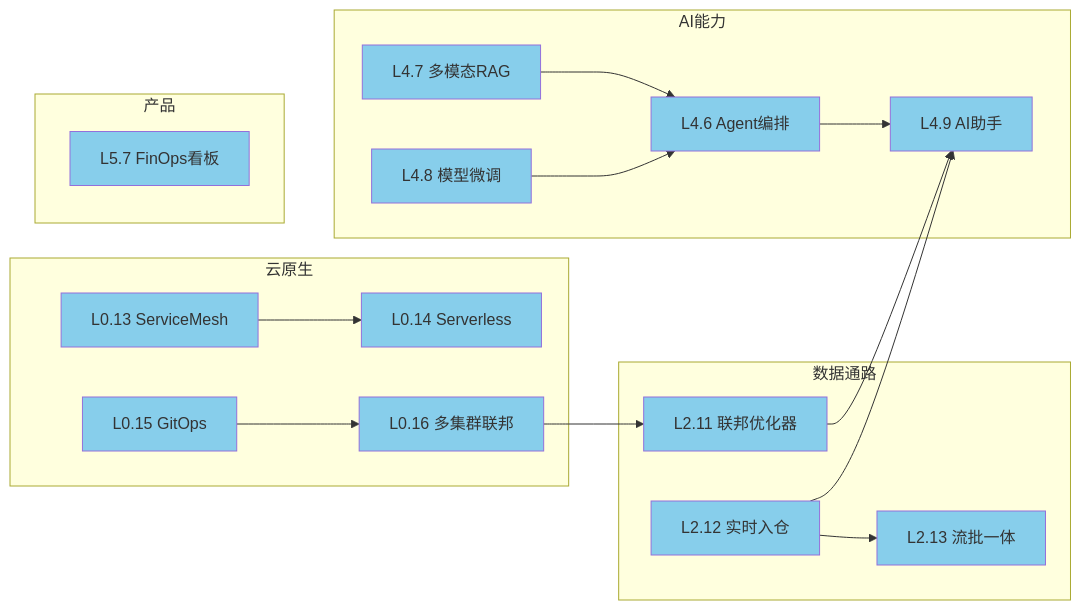
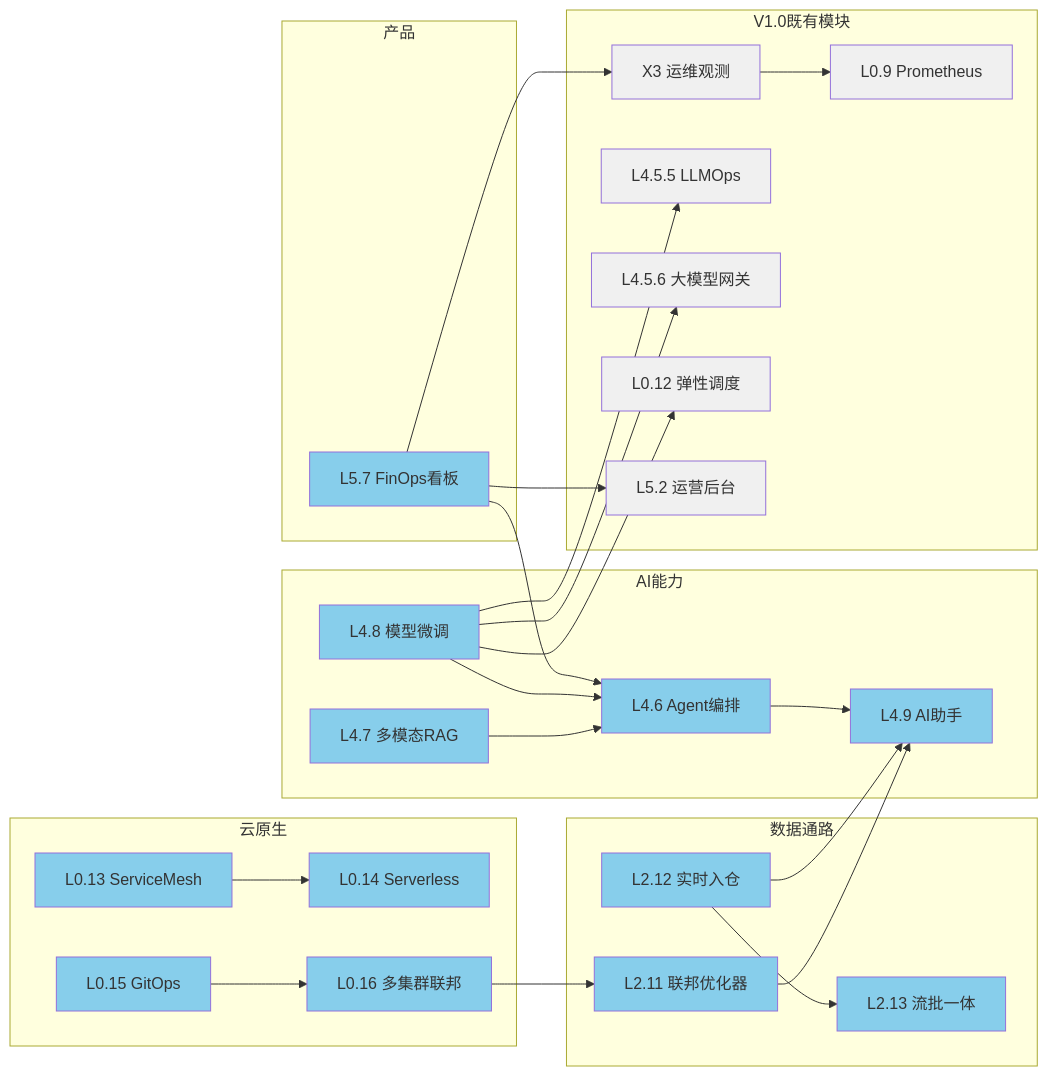
One commit to Levango7/DataEngineBDP changed the second of 9 diagrams in design/v2.0/V2.0_架构设计文档.md. Above: the diagram before and after it, drawn with Mermaid. The commit also changed other lines of this file and 6 other files, not shown here.

````diff
--- a/design/v2.0/V2.0_架构设计文档.md
+++ b/design/v2.0/V2.0_架构设计文档.md
@@ -170,46 +172,67 @@
 ```mermaid
 graph LR
     subgraph 云原生
         SM[L0.13 ServiceMesh]
         SV[L0.14 Serverless]
         GO[L0.15 GitOps]
         MC[L0.16 多集群联邦]
     end
     subgraph 数据通路
         FO[L2.11 联邦优化器]
         RI[L2.12 实时入仓]
         SB[L2.13 流批一体]
     end
     subgraph AI能力
         MA[L4.6 Agent编排]
         MR[L4.7 多模态RAG]
         MT[L4.8 模型微调]
         AS[L4.9 AI助手]
     end
     subgraph 产品
         FP[L5.7 FinOps看板]
     end
+    subgraph V1.0既有模块
+        P9[L0.9 Prometheus]
+        X3[X3 运维观测]
+        LLM[L4.5.5 LLMOps]
+        GW[L4.5.6 大模型网关]
+        ES[L0.12 弹性调度]
+        OB[L5.2 运营后台]
+    end
 
     SM --> SV
     GO --> MC
     MC --> FO
     RI --> SB
     MA --> AS
     MR --> MA
     MT --> MA
     FO --> AS
     RI --> AS
+    FP --> X3
+    X3 --> P9
+    FP --> MA
+    FP --> OB
+    MT --> LLM
+    MT --> GW
+    MT --> ES
 
     style SM fill:#87CEEB
     style SV fill:#87CEEB
     style GO fill:#87CEEB
     style MC fill:#87CEEB
     style FO fill:#87CEEB
     style RI fill:#87CEEB
     style SB fill:#87CEEB
     style MA fill:#87CEEB
     style MR fill:#87CEEB
     style MT fill:#87CEEB
     style AS fill:#87CEEB
     style FP fill:#87CEEB
+    style P9 fill:#f0f0f0
+    style X3 fill:#f0f0f0
+    style LLM fill:#f0f0f0
+    style GW fill:#f0f0f0
+    style ES fill:#f0f0f0
+    style OB fill:#f0f0f0
 ```
````
